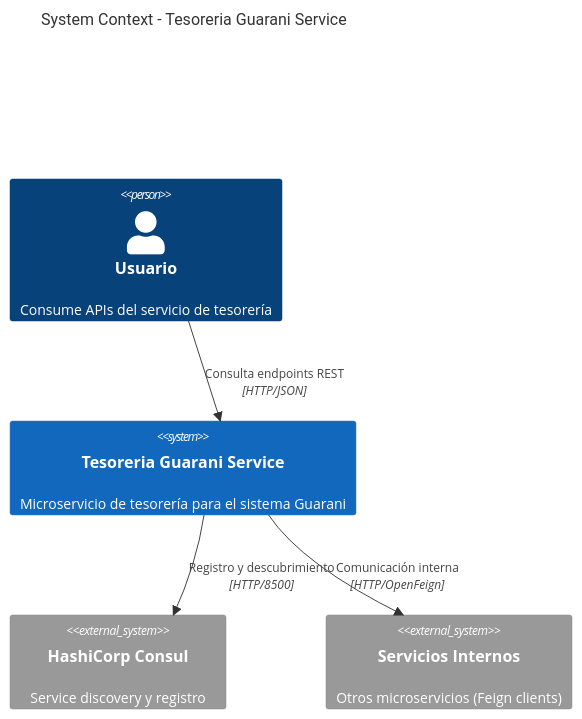
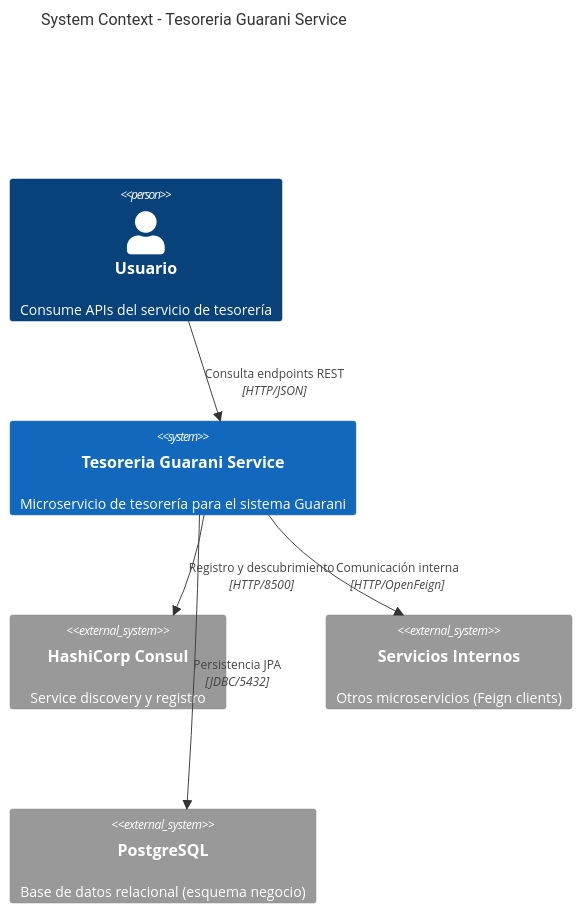
Before and after one commit to UM-services/UM.tesoreria.guarani-service: the first of 5 diagrams in README.md, drawn with Mermaid. The commit also changed other lines of this file and 5 other files, not shown here.

First line of the commit message:
docs: update changelog, readme, and architecture diagrams for v0.3.0

````diff
--- a/README.md
+++ b/README.md
@@ -14,15 +14,17 @@
 ```mermaid
 C4Context
     title System Context - Tesoreria Guarani Service
 
     Person(user, "Usuario", "Consume APIs del servicio de tesorería")
 
     System(guarani, "Tesoreria Guarani Service", "Microservicio de tesorería para el sistema Guarani")
 
     System_Ext(consul, "HashiCorp Consul", "Service discovery y registro")
     System_Ext(feign_clients, "Servicios Internos", "Otros microservicios (Feign clients)")
+    System_Ext(postgresql, "PostgreSQL", "Base de datos relacional (esquema negocio)")
 
     Rel(user, guarani, "Consulta endpoints REST", "HTTP/JSON")
     Rel(guarani, consul, "Registro y descubrimiento", "HTTP/8500")
     Rel(guarani, feign_clients, "Comunicación interna", "HTTP/OpenFeign")
+    Rel(guarani, postgresql, "Persistencia JPA", "JDBC/5432")
 ```
````
